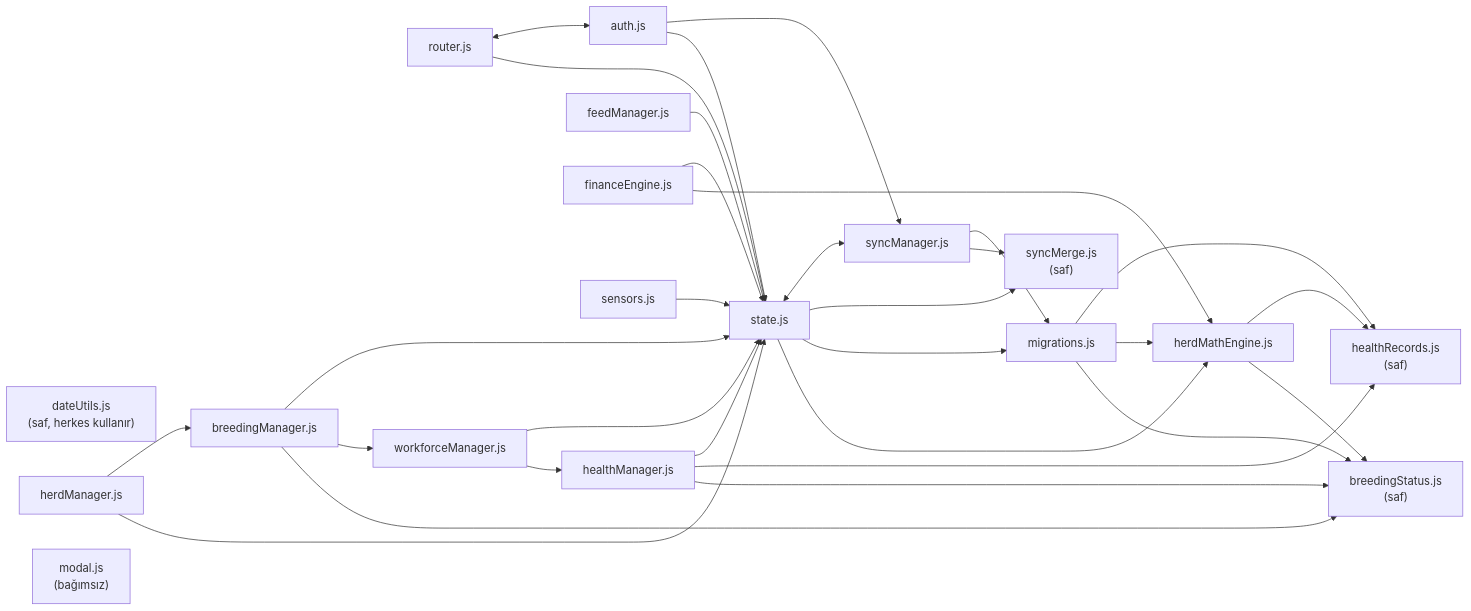
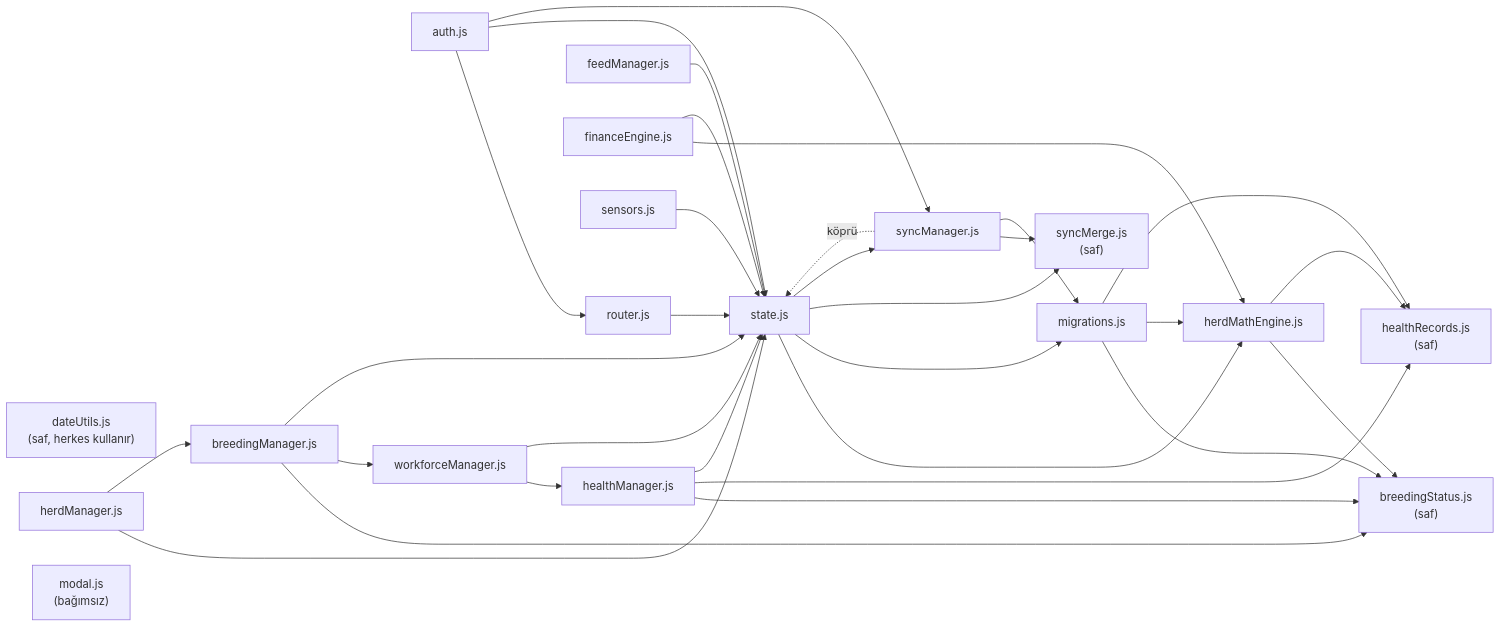
The second of 5 diagrams in ARCHITECTURE.md (feridun35/Kucukbas-Takip), drawn with Mermaid before and after one commit. The commit also changed other lines of this file and 13 other files, not shown here.

````diff
--- a/ARCHITECTURE.md
+++ b/ARCHITECTURE.md
@@ -69,51 +69,52 @@
 ```mermaid
 flowchart LR
   state["state.js"]
   router["router.js"]
   auth["auth.js"]
   sync["syncManager.js"]
   mig["migrations.js"]
   herdMath["herdMathEngine.js"]
   records["healthRecords.js<br/>(saf)"]
   bstat["breedingStatus.js<br/>(saf)"]
   merge["syncMerge.js<br/>(saf)"]
   dates["dateUtils.js<br/>(saf, herkes kullanır)"]
   health["healthManager.js"]
   herdMgr["herdManager.js"]
   feed["feedManager.js"]
   fin["financeEngine.js"]
   breed["breedingManager.js"]
   work["workforceManager.js"]
   sens["sensors.js"]
   modal["modal.js<br/>(bağımsız)"]
 
   state --> herdMath
   state --> mig
   state --> merge
-  state <--> sync
+  state --> sync
+  sync -. köprü .-> state
   sync --> merge
   sync --> mig
   herdMath --> bstat
   health --> bstat
   breed --> bstat
   breed --> work
   mig --> bstat
   fin --> herdMath
   mig --> herdMath
   mig --> records
   herdMath --> records
   health --> records
   health --> state
   work --> health
   work --> state
   herdMgr --> state
   herdMgr --> breed
   feed --> state
   fin --> state
   breed --> state
   sens --> state
   router --> state
-  router <--> auth
+  auth --> router
   auth --> state
   auth --> sync
 ```
````
